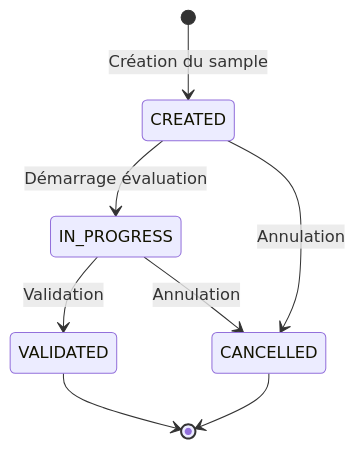
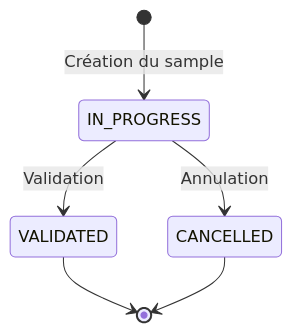
One commit to CreditMutuelArkea/tock changed the diagram in docs/design/bot-evaluation/FUNCTIONAL.md. Above: the diagram before and after it, drawn with Mermaid. The commit also changed other lines of this file and 4 other files, not shown here.

````diff
--- a/docs/design/bot-evaluation/FUNCTIONAL.md
+++ b/docs/design/bot-evaluation/FUNCTIONAL.md
@@ -77,10 +76,8 @@
 ```mermaid
 stateDiagram-v2
-    [*] --> CREATED: Création du sample
-    CREATED --> IN_PROGRESS: Démarrage évaluation
-    CREATED --> CANCELLED: Annulation
+    [*] --> IN_PROGRESS: Création du sample
     IN_PROGRESS --> VALIDATED: Validation
     IN_PROGRESS --> CANCELLED: Annulation
     VALIDATED --> [*]
     CANCELLED --> [*]
 ```
````
